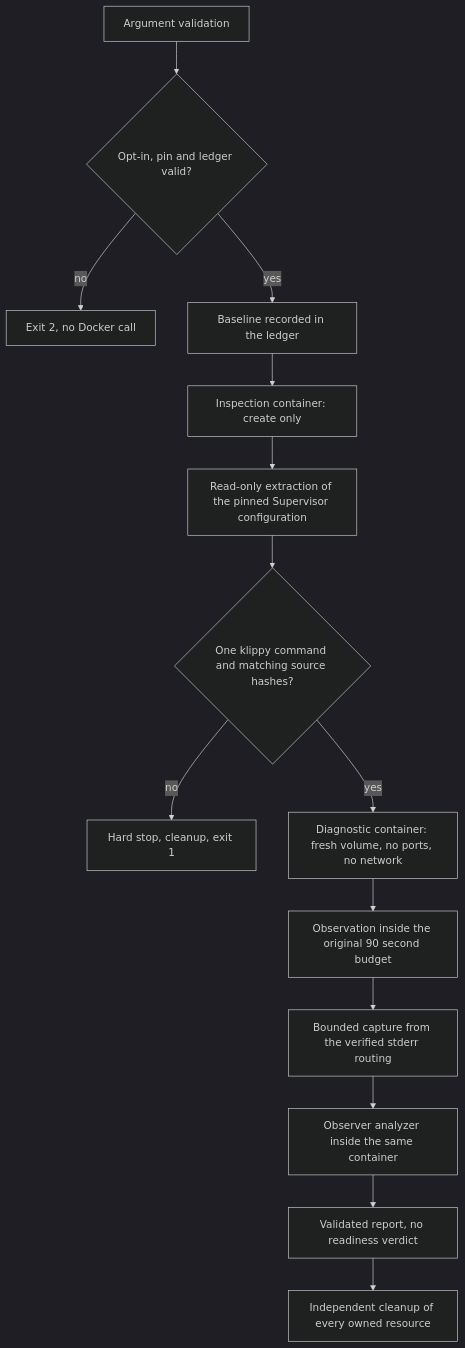
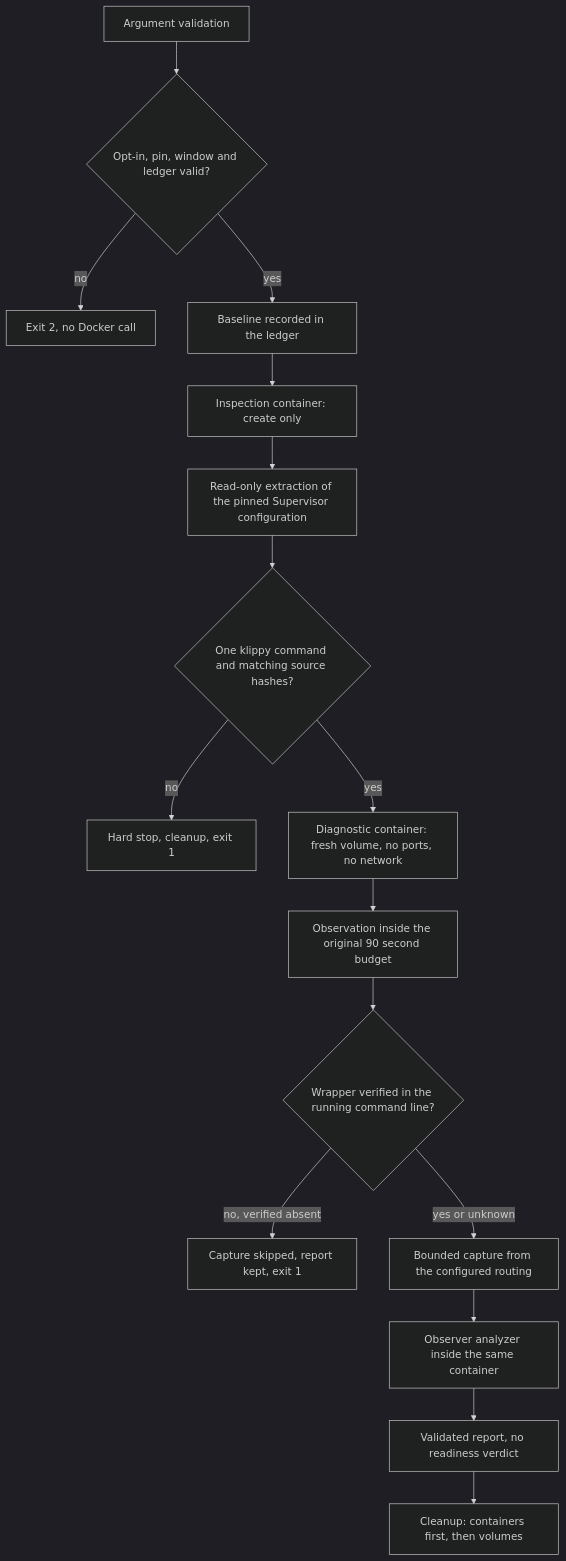
Before and after one commit to bloodf/Open3DFarmManager: the diagram in docs/SIMULATOR-IDENTIFY-RUNNER.md, drawn with Mermaid (dark theme). The commit also changed other lines of this file, not shown here.

````diff
--- a/docs/SIMULATOR-IDENTIFY-RUNNER.md
+++ b/docs/SIMULATOR-IDENTIFY-RUNNER.md
@@ -62,16 +73,18 @@
 ```mermaid
 flowchart TD
-  A[Argument validation] --> B{Opt-in, pin and ledger valid?}
+  A[Argument validation] --> B{Opt-in, pin, window and ledger valid?}
   B -->|no| Z[Exit 2, no Docker call]
   B -->|yes| C[Baseline recorded in the ledger]
   C --> D[Inspection container: create only]
   D --> E[Read-only extraction of the pinned Supervisor configuration]
   E --> F{One klippy command and matching source hashes?}
   F -->|no| Y[Hard stop, cleanup, exit 1]
   F -->|yes| G[Diagnostic container: fresh volume, no ports, no network]
   G --> H[Observation inside the original 90 second budget]
-  H --> I[Bounded capture from the verified stderr routing]
-  I --> J[Observer analyzer inside the same container]
-  J --> K[Validated report, no readiness verdict]
-  K --> L[Independent cleanup of every owned resource]
+  H --> I{Wrapper verified in the running command line?}
+  I -->|no, verified absent| J[Capture skipped, report kept, exit 1]
+  I -->|yes or unknown| K[Bounded capture from the configured routing]
+  K --> L[Observer analyzer inside the same container]
+  L --> M[Validated report, no readiness verdict]
+  M --> N[Cleanup: containers first, then volumes]
 ```
````
